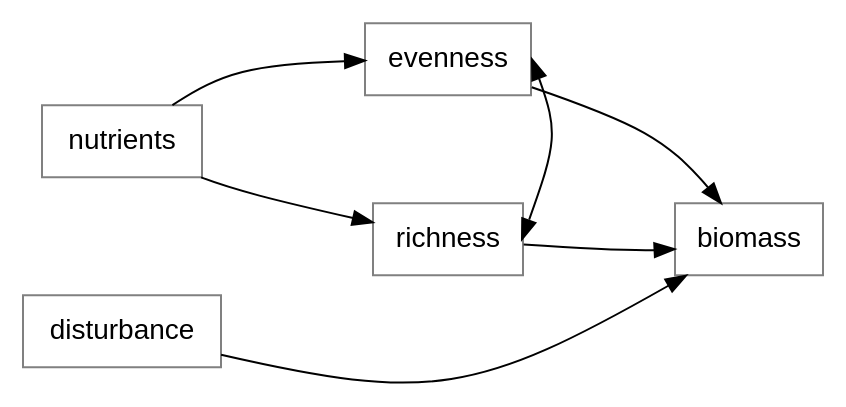
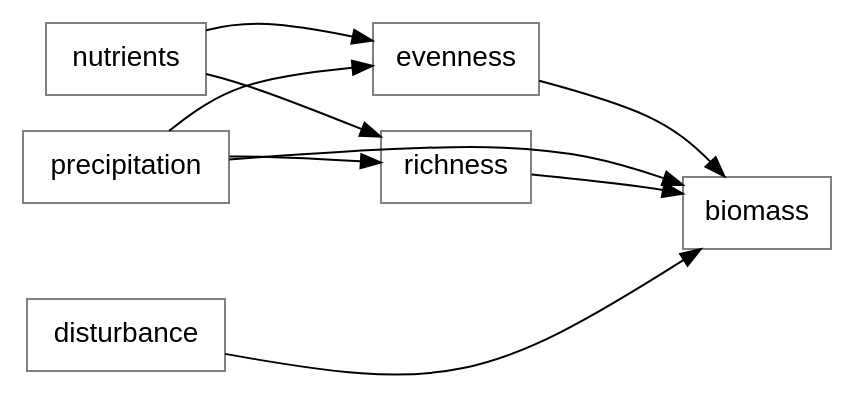
Before and after one commit to pennekampster/Swiss_SEM: diagram 21 of 25 in 5_Slides/Intro_to_SEM_part1.qmd, drawn with Graphviz. The commit also changed other lines of this file and 1 other file, not shown here.

````diff
--- a/5_Slides/Intro_to_SEM_part1.qmd
+++ b/5_Slides/Intro_to_SEM_part1.qmd
@@ -1240,30 +1240,32 @@
 ```{dot}
 //| fig-width: 6
 digraph  {
 
    # a 'graph' statement
   graph [overlap = false, fontsize = 10, rankdir = LR, ranksep=1, splines=curved]
 
   # several 'node' statements
   node [shape = box,
         fontname = Helvetica, color="gray"]
   
         evenness, richness;
         nutrients;
         disturbance;
+        precipitation;
 
     nutrients->richness;
     nutrients->evenness;
+    precipitation->richness;
+    precipitation->evenness;
     disturbance -> biomass;
+    precipitation -> biomass;
 
-     biomass; 
-
-    evenness:e-> richness:e [dir=both; minlen=3] ;
+   # evenness:e-> richness:e [dir=both; minlen=3] ;
 
     evenness->biomass ;
     richness->biomass ;
   
  { rank="same"; nutrients; disturbance}
  { rank="same"; evenness; richness}
 }
 ```
````
